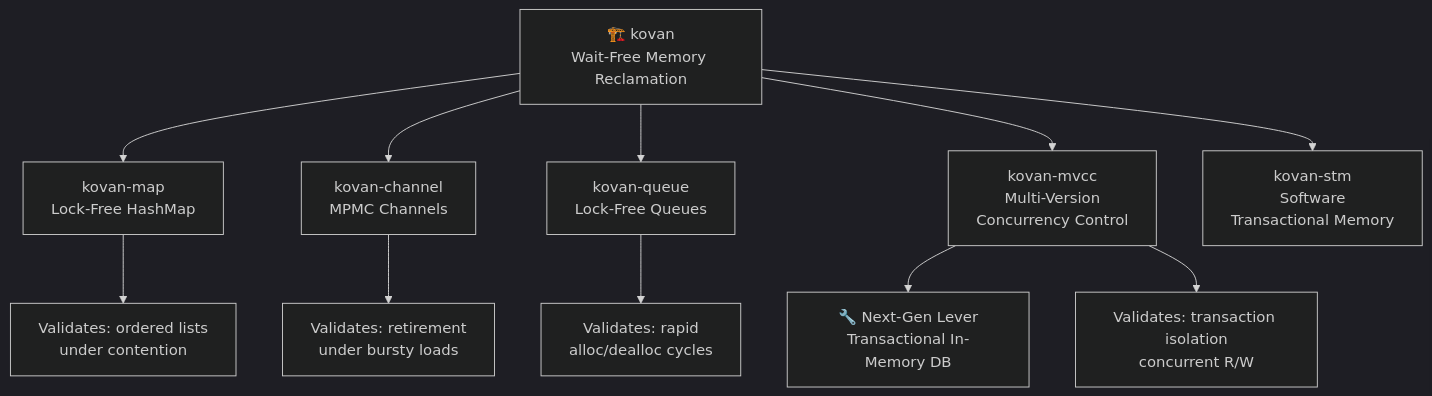
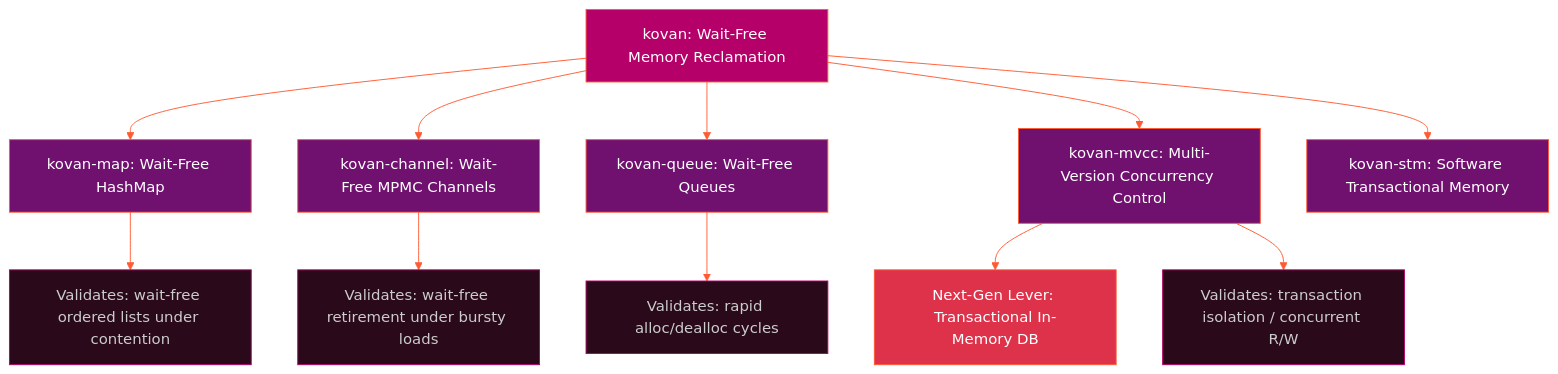
The fourth of 6 diagrams in src/content/posts/kovan-from-prod-to-mr.mdx (vertexclique/vertexclique.github.io), drawn with Mermaid before and after one commit. The commit also changed other lines of this file, not shown here.

````diff
--- a/src/content/posts/kovan-from-prod-to-mr.mdx
+++ b/src/content/posts/kovan-from-prod-to-mr.mdx
@@ -133,16 +160,28 @@
 ```mermaid
-%%{init: {'theme':'dark'}}%%
+%%{init: {'theme': 'base', 'themeVariables': {'primaryColor': '#2a0a1a', 'primaryTextColor': '#ffffff', 'primaryBorderColor': '#FF5A32', 'lineColor': '#FF5A32', 'secondaryColor': '#1a0a2a', 'tertiaryColor': '#701170', 'background': '#121212', 'mainBkg': '#1e0f1e', 'nodeBorder': '#FF5A32', 'clusterBkg': '#1a0818', 'clusterBorder': '#DD324A', 'titleColor': '#FF5A32', 'edgeLabelBackground': '#2a0a1a'}}}%%
 graph TD
-    CORE["🏗️ kovan<br/>Wait-Free Memory Reclamation"] --> MAP["kovan-map<br/>Lock-Free HashMap"]
-    CORE --> CHAN["kovan-channel<br/>MPMC Channels"]
-    CORE --> QUEUE["kovan-queue<br/>Lock-Free Queues"]
-    CORE --> MVCC["kovan-mvcc<br/>Multi-Version<br/>Concurrency Control"]
-    CORE --> STM["kovan-stm<br/>Software<br/>Transactional Memory"]
+    CORE["kovan: Wait-Free Memory Reclamation"] --> MAP["kovan-map: Wait-Free HashMap"]
+    CORE --> CHAN["kovan-channel: Wait-Free MPMC Channels"]
+    CORE --> QUEUE["kovan-queue: Wait-Free Queues"]
+    CORE --> MVCC["kovan-mvcc: Multi-Version Concurrency Control"]
+    CORE --> STM["kovan-stm: Software Transactional Memory"]
 
-    MVCC --> LEVER["🔧 Next-Gen Lever<br/>Transactional In-Memory DB"]
+    MVCC --> LEVER["Next-Gen Lever: Transactional In-Memory DB"]
 
-    MAP --> STRESS1["Validates: ordered lists<br/>under contention"]
-    CHAN --> STRESS2["Validates: retirement<br/>under bursty loads"]
-    QUEUE --> STRESS3["Validates: rapid<br/>alloc/dealloc cycles"]
-    MVCC --> STRESS4["Validates: transaction isolation<br/>concurrent R/W"]
+    MAP --> STRESS1["Validates: wait-free ordered lists under contention"]
+    CHAN --> STRESS2["Validates: wait-free retirement under bursty loads"]
+    QUEUE --> STRESS3["Validates: rapid alloc/dealloc cycles"]
+    MVCC --> STRESS4["Validates: transaction isolation / concurrent R/W"]
+
+    style CORE fill:#B40068,stroke:#FF5A32,color:#ffffff
+    style MAP fill:#701170,stroke:#FF5A32,color:#ffffff
+    style CHAN fill:#701170,stroke:#FF5A32,color:#ffffff
+    style QUEUE fill:#701170,stroke:#FF5A32,color:#ffffff
+    style MVCC fill:#701170,stroke:#FF5A32,color:#ffffff
+    style STM fill:#701170,stroke:#FF5A32,color:#ffffff
+    style LEVER fill:#DD324A,stroke:#FF5A32,color:#ffffff
+    style STRESS1 fill:#2a0a1a,stroke:#B40068,color:#cccccc
+    style STRESS2 fill:#2a0a1a,stroke:#B40068,color:#cccccc
+    style STRESS3 fill:#2a0a1a,stroke:#B40068,color:#cccccc
+    style STRESS4 fill:#2a0a1a,stroke:#B40068,color:#cccccc
 ```
````
